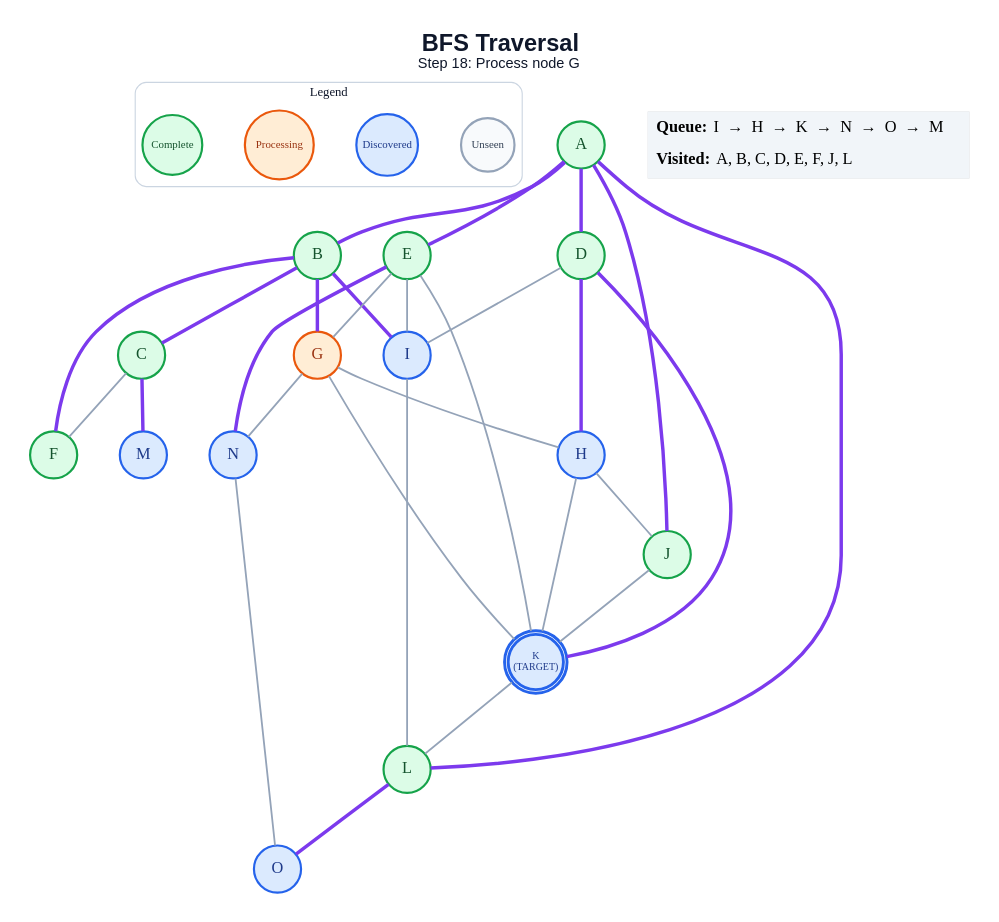
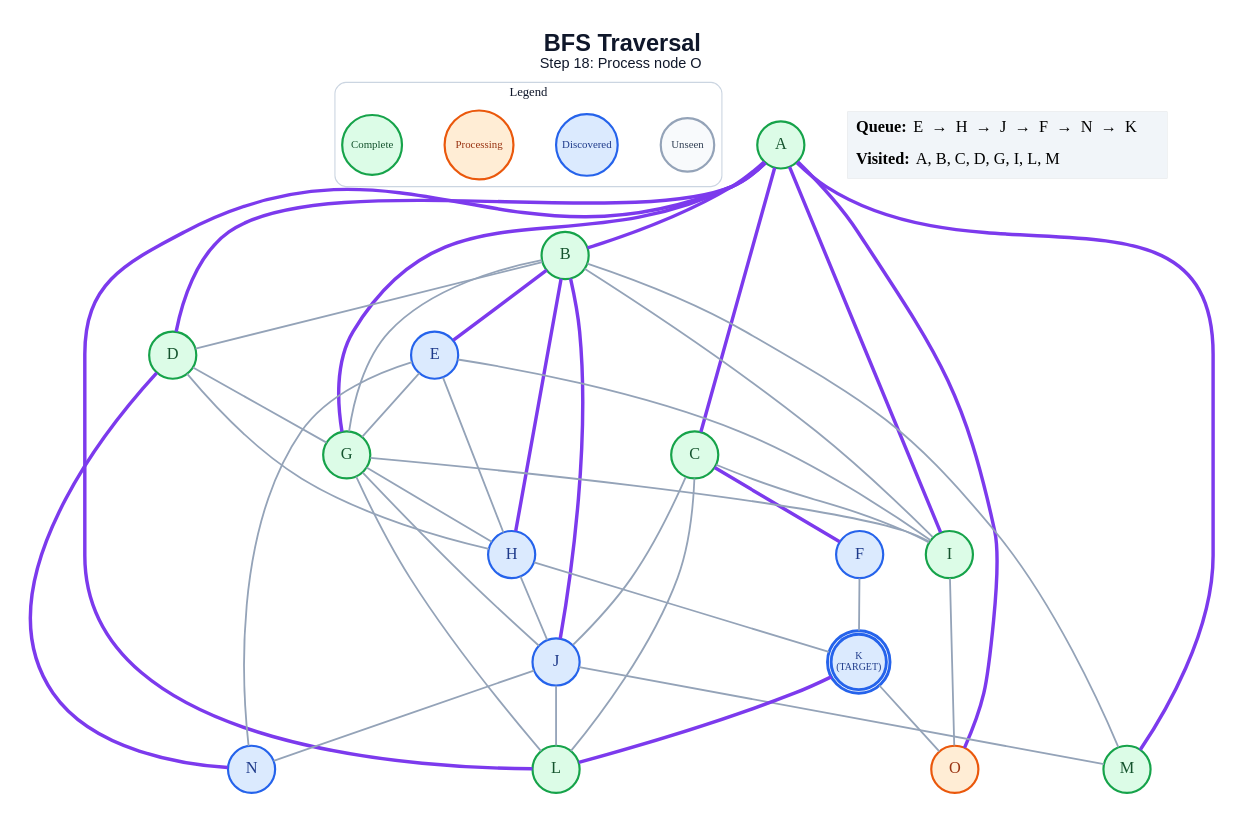
Before and after one commit to anon7238593-create/ai-slop: the diagram in generated/bfs/step_18.dot, drawn with Graphviz. The commit also changed 263 other files, not shown here.

```diff
--- a/generated/bfs/step_18.dot
+++ b/generated/bfs/step_18.dot
@@ -1,62 +1,73 @@
 graph traversal {
   graph [layout=dot, rankdir=TB, bgcolor="#FFFFFF", pad="0.35", nodesep="0.65", ranksep="0.8", fontname="Arial"];
   node [shape=circle, style="filled", fontname="Arial Bold", fontsize=18, width=0.72, fixedsize=true, penwidth=2.4];
   edge [color="#94A3B8", penwidth=2.0];
-  label=<<B>BFS Traversal</B><BR/><FONT POINT-SIZE="16">Step 18: Process node G</FONT>>; labelloc="t"; fontsize=26; fontname="Arial"; fontcolor="#0F172A";
+  label=<<B>BFS Traversal</B><BR/><FONT POINT-SIZE="16">Step 18: Process node O</FONT>>; labelloc="t"; fontsize=26; fontname="Arial"; fontcolor="#0F172A";
   subgraph cluster_legend { label="Legend"; color="#CBD5E1"; penwidth=1.2; style="rounded"; fontsize=14; fontname="Arial Bold";
     key_unseen [label="Unseen", fillcolor="#F8FAFC", color="#94A3B8", fontcolor="#334155", fontsize=12, width=0.82];
     key_frontier [label="Discovered", fillcolor="#DBEAFE", color="#2563EB", fontcolor="#1E3A8A", fontsize=12, width=0.95];
     key_current [label="Processing", fillcolor="#FFEDD5", color="#EA580C", fontcolor="#9A3412", fontsize=12, width=1.05];
     key_done [label="Complete", fillcolor="#DCFCE7", color="#16A34A", fontcolor="#14532D", fontsize=12, width=0.92];
     { rank=same; key_unseen; key_frontier; key_current; key_done; }
   }
   A [label="A", fillcolor="#DCFCE7", color="#16A34A", fontcolor="#14532D", peripheries=1, penwidth=2.4];
   B [label="B", fillcolor="#DCFCE7", color="#16A34A", fontcolor="#14532D", peripheries=1, penwidth=2.4];
   C [label="C", fillcolor="#DCFCE7", color="#16A34A", fontcolor="#14532D", peripheries=1, penwidth=2.4];
   D [label="D", fillcolor="#DCFCE7", color="#16A34A", fontcolor="#14532D", peripheries=1, penwidth=2.4];
-  E [label="E", fillcolor="#DCFCE7", color="#16A34A", fontcolor="#14532D", peripheries=1, penwidth=2.4];
-  F [label="F", fillcolor="#DCFCE7", color="#16A34A", fontcolor="#14532D", peripheries=1, penwidth=2.4];
-  G [label="G", fillcolor="#FFEDD5", color="#EA580C", fontcolor="#9A3412", peripheries=1, penwidth=2.4];
+  E [label="E", fillcolor="#DBEAFE", color="#2563EB", fontcolor="#1E3A8A", peripheries=1, penwidth=2.4];
+  F [label="F", fillcolor="#DBEAFE", color="#2563EB", fontcolor="#1E3A8A", peripheries=1, penwidth=2.4];
+  G [label="G", fillcolor="#DCFCE7", color="#16A34A", fontcolor="#14532D", peripheries=1, penwidth=2.4];
   H [label="H", fillcolor="#DBEAFE", color="#2563EB", fontcolor="#1E3A8A", peripheries=1, penwidth=2.4];
-  I [label="I", fillcolor="#DBEAFE", color="#2563EB", fontcolor="#1E3A8A", peripheries=1, penwidth=2.4];
-  J [label="J", fillcolor="#DCFCE7", color="#16A34A", fontcolor="#14532D", peripheries=1, penwidth=2.4];
+  I [label="I", fillcolor="#DCFCE7", color="#16A34A", fontcolor="#14532D", peripheries=1, penwidth=2.4];
+  J [label="J", fillcolor="#DBEAFE", color="#2563EB", fontcolor="#1E3A8A", peripheries=1, penwidth=2.4];
   K [label="K\n(TARGET)", fillcolor="#DBEAFE", color="#2563EB", fontcolor="#1E3A8A", peripheries=2, penwidth=3.2, fontsize=11, width=0.85, height=0.85];
   L [label="L", fillcolor="#DCFCE7", color="#16A34A", fontcolor="#14532D", peripheries=1, penwidth=2.4];
-  M [label="M", fillcolor="#DBEAFE", color="#2563EB", fontcolor="#1E3A8A", peripheries=1, penwidth=2.4];
+  M [label="M", fillcolor="#DCFCE7", color="#16A34A", fontcolor="#14532D", peripheries=1, penwidth=2.4];
   N [label="N", fillcolor="#DBEAFE", color="#2563EB", fontcolor="#1E3A8A", peripheries=1, penwidth=2.4];
-  O [label="O", fillcolor="#DBEAFE", color="#2563EB", fontcolor="#1E3A8A", peripheries=1, penwidth=2.4];
+  O [label="O", fillcolor="#FFEDD5", color="#EA580C", fontcolor="#9A3412", peripheries=1, penwidth=2.4];
   A -- B [color="#7C3AED", penwidth=3.8];
+  A -- C [color="#7C3AED", penwidth=3.8];
   A -- D [color="#7C3AED", penwidth=3.8];
-  A -- E [color="#7C3AED", penwidth=3.8];
-  A -- J [color="#7C3AED", penwidth=3.8];
+  A -- G [color="#7C3AED", penwidth=3.8];
+  A -- I [color="#7C3AED", penwidth=3.8];
   A -- L [color="#7C3AED", penwidth=3.8];
-  B -- C [color="#7C3AED", penwidth=3.8];
-  B -- F [color="#7C3AED", penwidth=3.8];
-  B -- G [color="#7C3AED", penwidth=3.8];
-  B -- I [color="#7C3AED", penwidth=3.8];
-  C -- F;
-  C -- M [color="#7C3AED", penwidth=3.8];
-  D -- H [color="#7C3AED", penwidth=3.8];
-  D -- I;
-  D -- K [color="#7C3AED", penwidth=3.8];
+  A -- M [color="#7C3AED", penwidth=3.8];
+  A -- O [color="#7C3AED", penwidth=3.8];
+  B -- D;
+  B -- E [color="#7C3AED", penwidth=3.8];
+  B -- G;
+  B -- H [color="#7C3AED", penwidth=3.8];
+  B -- I;
+  B -- J [color="#7C3AED", penwidth=3.8];
+  B -- M;
+  C -- F [color="#7C3AED", penwidth=3.8];
+  C -- I;
+  C -- J;
+  C -- L;
+  D -- G;
+  D -- H;
+  D -- N [color="#7C3AED", penwidth=3.8];
   E -- G;
+  E -- H;
   E -- I;
-  E -- K;
-  E -- N [color="#7C3AED", penwidth=3.8];
+  E -- N;
+  F -- K;
   G -- H;
-  G -- K;
-  G -- N;
+  G -- I;
+  G -- J;
+  G -- L;
   H -- J;
   H -- K;
-  I -- L;
-  J -- K;
-  K -- L;
-  L -- O [color="#7C3AED", penwidth=3.8];
-  N -- O;
+  I -- O;
+  J -- L;
+  J -- M;
+  J -- N;
+  K -- L [color="#7C3AED", penwidth=3.8];
+  K -- O;
   status [shape=plain, fixedsize=false, width=0, height=0, margin=0, label=<
     <TABLE BORDER="0" CELLBORDER="0" CELLPADDING="7" BGCOLOR="#F1F5F9">
-      <TR><TD ALIGN="LEFT"><B>Queue:</B> I  →  H  →  K  →  N  →  O  →  M</TD></TR>
-      <TR><TD ALIGN="LEFT"><B>Visited:</B> A, B, C, D, E, F, J, L</TD></TR>
+      <TR><TD ALIGN="LEFT"><B>Queue:</B> E  →  H  →  J  →  F  →  N  →  K</TD></TR>
+      <TR><TD ALIGN="LEFT"><B>Visited:</B> A, B, C, D, G, I, L, M</TD></TR>
     </TABLE>
   >];
 }
```
